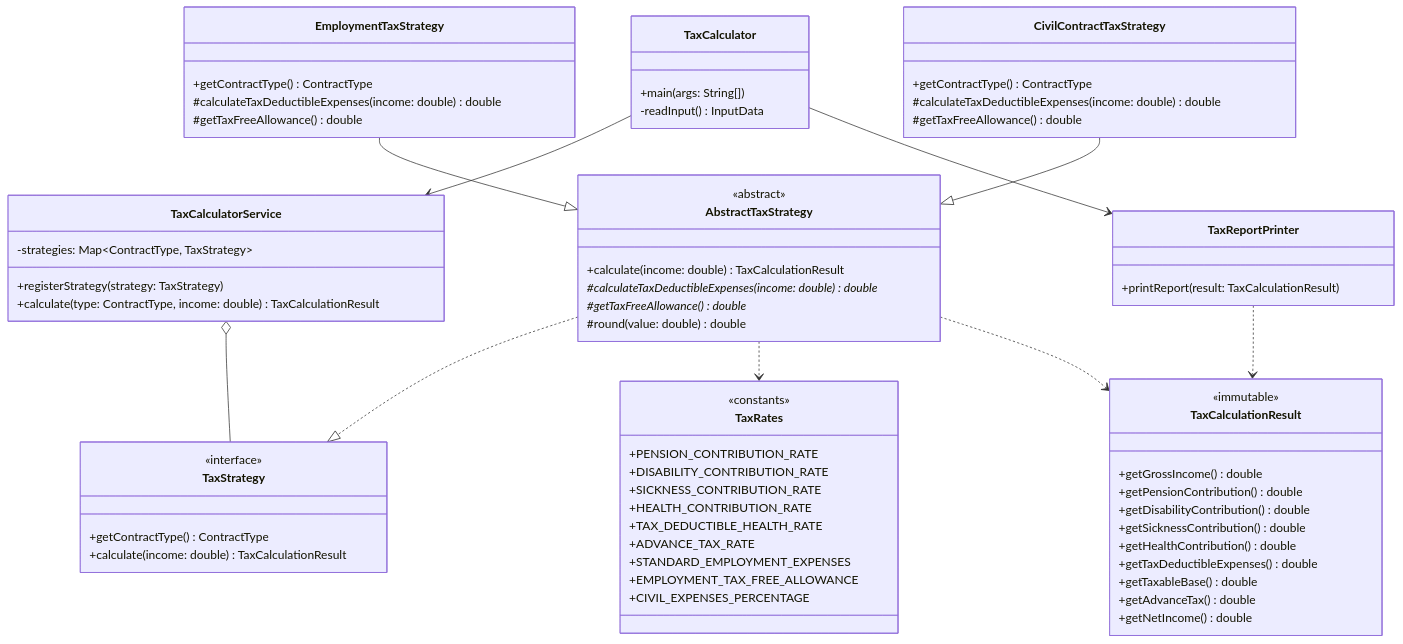
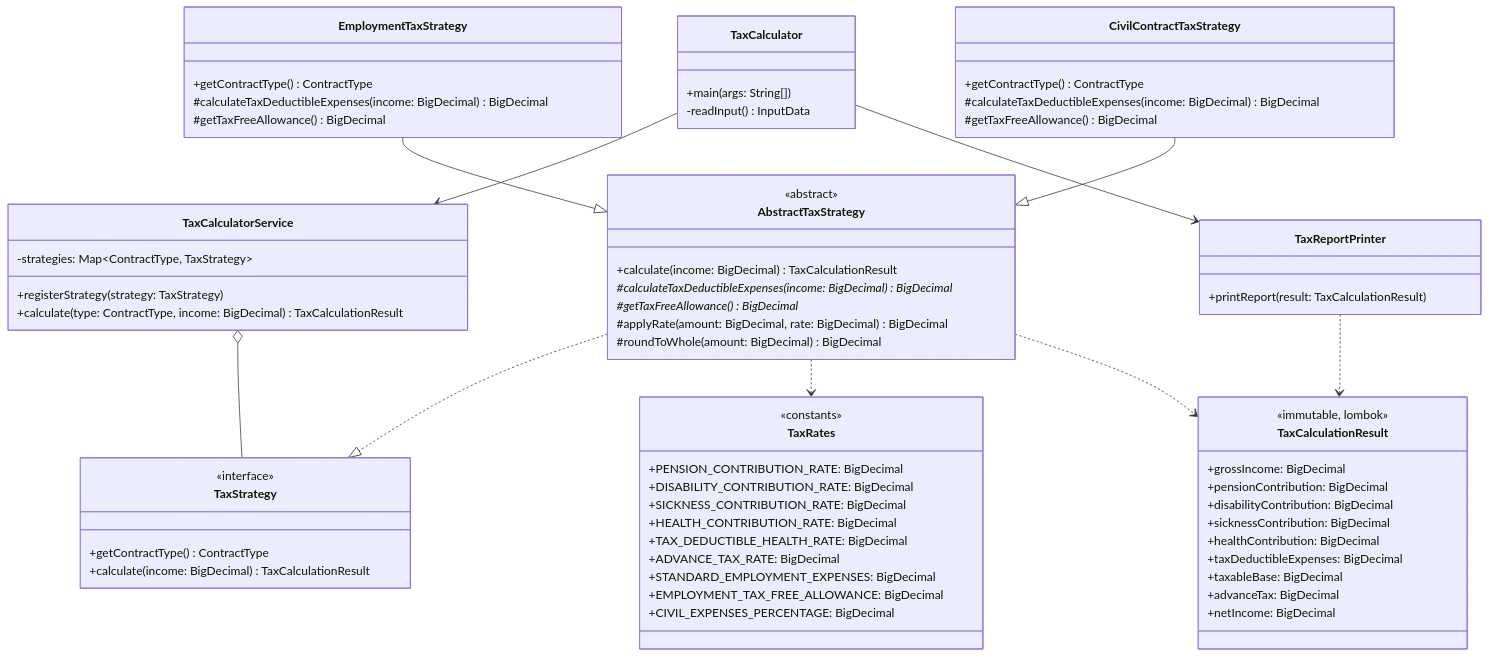
Before and after one commit to phaast/taxcalculator: the diagram in REFACTORING_DECISIONS.md, drawn with Mermaid. The commit also changed other lines of this file and 10 other files, not shown here.

Commit message:
Switch financial calculations to BigDecimal and integrate Lombok

````diff
--- a/REFACTORING_DECISIONS.md
+++ b/REFACTORING_DECISIONS.md
@@ -29,79 +31,80 @@
 ```mermaid
 classDiagram
     class TaxCalculator {
         +main(args: String[])
         -readInput() InputData
     }
 
     class TaxCalculatorService {
         -strategies: Map~ContractType, TaxStrategy~
         +registerStrategy(strategy: TaxStrategy)
-        +calculate(type: ContractType, income: double) TaxCalculationResult
+        +calculate(type: ContractType, income: BigDecimal) TaxCalculationResult
     }
 
     class TaxStrategy {
         <<interface>>
         +getContractType() ContractType
-        +calculate(income: double) TaxCalculationResult
+        +calculate(income: BigDecimal) TaxCalculationResult
     }
 
     class AbstractTaxStrategy {
         <<abstract>>
-        +calculate(income: double) TaxCalculationResult
-        #calculateTaxDeductibleExpenses(income: double)* double
-        #getTaxFreeAllowance()* double
-        #round(value: double) double
+        +calculate(income: BigDecimal) TaxCalculationResult
+        #calculateTaxDeductibleExpenses(income: BigDecimal)* BigDecimal
+        #getTaxFreeAllowance()* BigDecimal
+        #applyRate(amount: BigDecimal, rate: BigDecimal) BigDecimal
+        #roundToWhole(amount: BigDecimal) BigDecimal
     }
 
     class EmploymentTaxStrategy {
         +getContractType() ContractType
-        #calculateTaxDeductibleExpenses(income: double) double
-        #getTaxFreeAllowance() double
+        #calculateTaxDeductibleExpenses(income: BigDecimal) BigDecimal
+        #getTaxFreeAllowance() BigDecimal
     }
 
     class CivilContractTaxStrategy {
         +getContractType() ContractType
-        #calculateTaxDeductibleExpenses(income: double) double
-        #getTaxFreeAllowance() double
+        #calculateTaxDeductibleExpenses(income: BigDecimal) BigDecimal
+        #getTaxFreeAllowance() BigDecimal
     }
 
     class TaxRates {
         <<constants>>
-        +PENSION_CONTRIBUTION_RATE
-        +DISABILITY_CONTRIBUTION_RATE
-        +SICKNESS_CONTRIBUTION_RATE
-        +HEALTH_CONTRIBUTION_RATE
-        +TAX_DEDUCTIBLE_HEALTH_RATE
-        +ADVANCE_TAX_RATE
-        +STANDARD_EMPLOYMENT_EXPENSES
-        +EMPLOYMENT_TAX_FREE_ALLOWANCE
-        +CIVIL_EXPENSES_PERCENTAGE
+        +PENSION_CONTRIBUTION_RATE: BigDecimal
+        +DISABILITY_CONTRIBUTION_RATE: BigDecimal
+        +SICKNESS_CONTRIBUTION_RATE: BigDecimal
+        +HEALTH_CONTRIBUTION_RATE: BigDecimal
+        +TAX_DEDUCTIBLE_HEALTH_RATE: BigDecimal
+        +ADVANCE_TAX_RATE: BigDecimal
+        +STANDARD_EMPLOYMENT_EXPENSES: BigDecimal
+        +EMPLOYMENT_TAX_FREE_ALLOWANCE: BigDecimal
+        +CIVIL_EXPENSES_PERCENTAGE: BigDecimal
     }
 
     class TaxCalculationResult {
-        <<immutable>>
-        +getGrossIncome() double
-        +getPensionContribution() double
-        +getDisabilityContribution() double
-        +getSicknessContribution() double
-        +getHealthContribution() double
-        +getTaxDeductibleExpenses() double
-        +getTaxableBase() double
-        +getAdvanceTax() double
-        +getNetIncome() double
+        <<immutable, lombok>>
+        +grossIncome: BigDecimal
+        +pensionContribution: BigDecimal
+        +disabilityContribution: BigDecimal
+        +sicknessContribution: BigDecimal
+        +healthContribution: BigDecimal
+        +taxDeductibleExpenses: BigDecimal
+        +taxableBase: BigDecimal
+        +advanceTax: BigDecimal
+        +netIncome: BigDecimal
     }
 
     class TaxReportPrinter {
         +printReport(result: TaxCalculationResult)
     }
 
     TaxCalculator --> TaxCalculatorService
     TaxCalculator --> TaxReportPrinter
     TaxCalculatorService o-- TaxStrategy
     AbstractTaxStrategy ..|> TaxStrategy
     EmploymentTaxStrategy --|> AbstractTaxStrategy
     CivilContractTaxStrategy --|> AbstractTaxStrategy
     AbstractTaxStrategy ..> TaxRates
     AbstractTaxStrategy ..> TaxCalculationResult
     TaxReportPrinter ..> TaxCalculationResult
 ```
````
